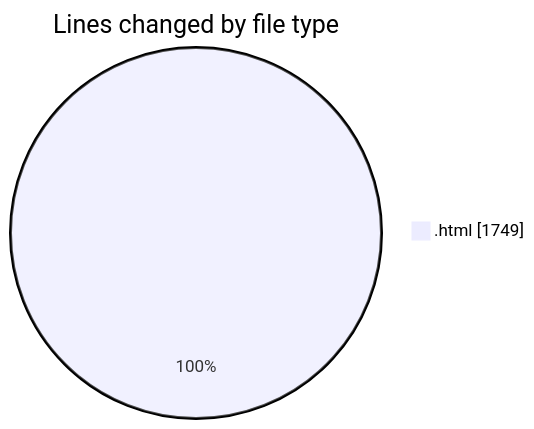
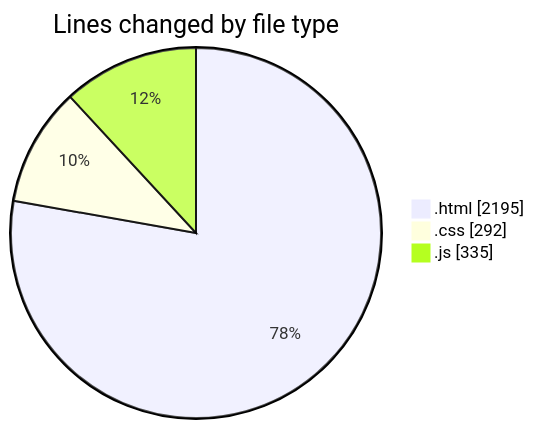
One commit to Ritupan-Deka/code-tracking changed the first of 2 diagrams in 2025-05-24/projects/README.md. Above: the diagram before and after it, drawn with Mermaid. The commit also changed other lines of this file and 1 other file, not shown here.

````diff
--- a/2025-05-24/projects/README.md
+++ b/2025-05-24/projects/README.md
@@ -21,5 +23,7 @@
 ```mermaid
 pie showData
 title Lines changed by file type
-".html" : 1749
+".html" : 2195
+".css" : 292
+".js" : 335
 ```
````
